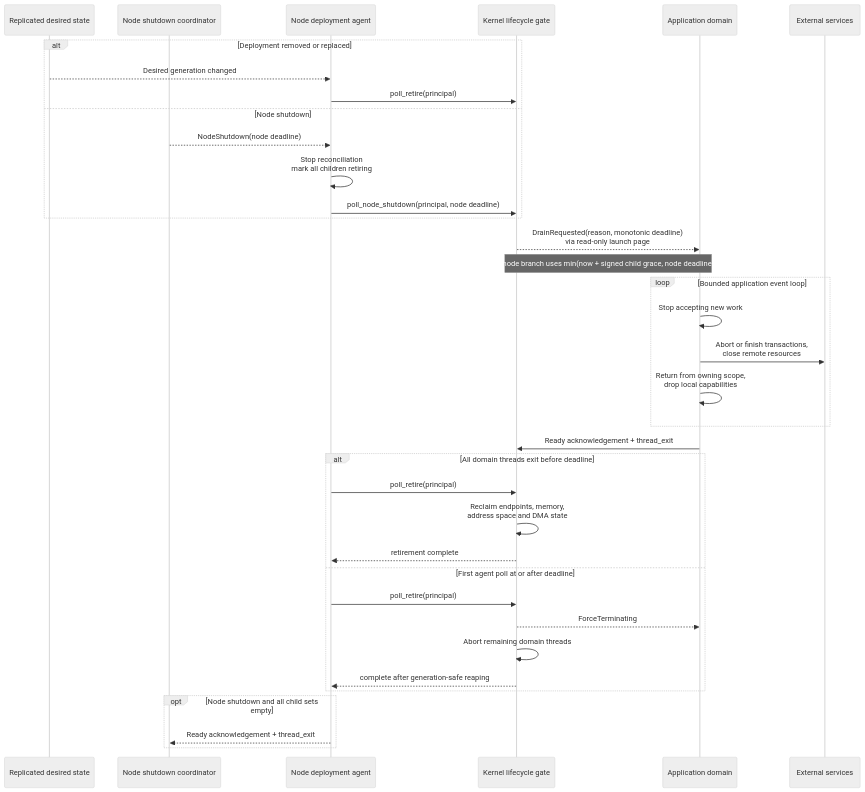
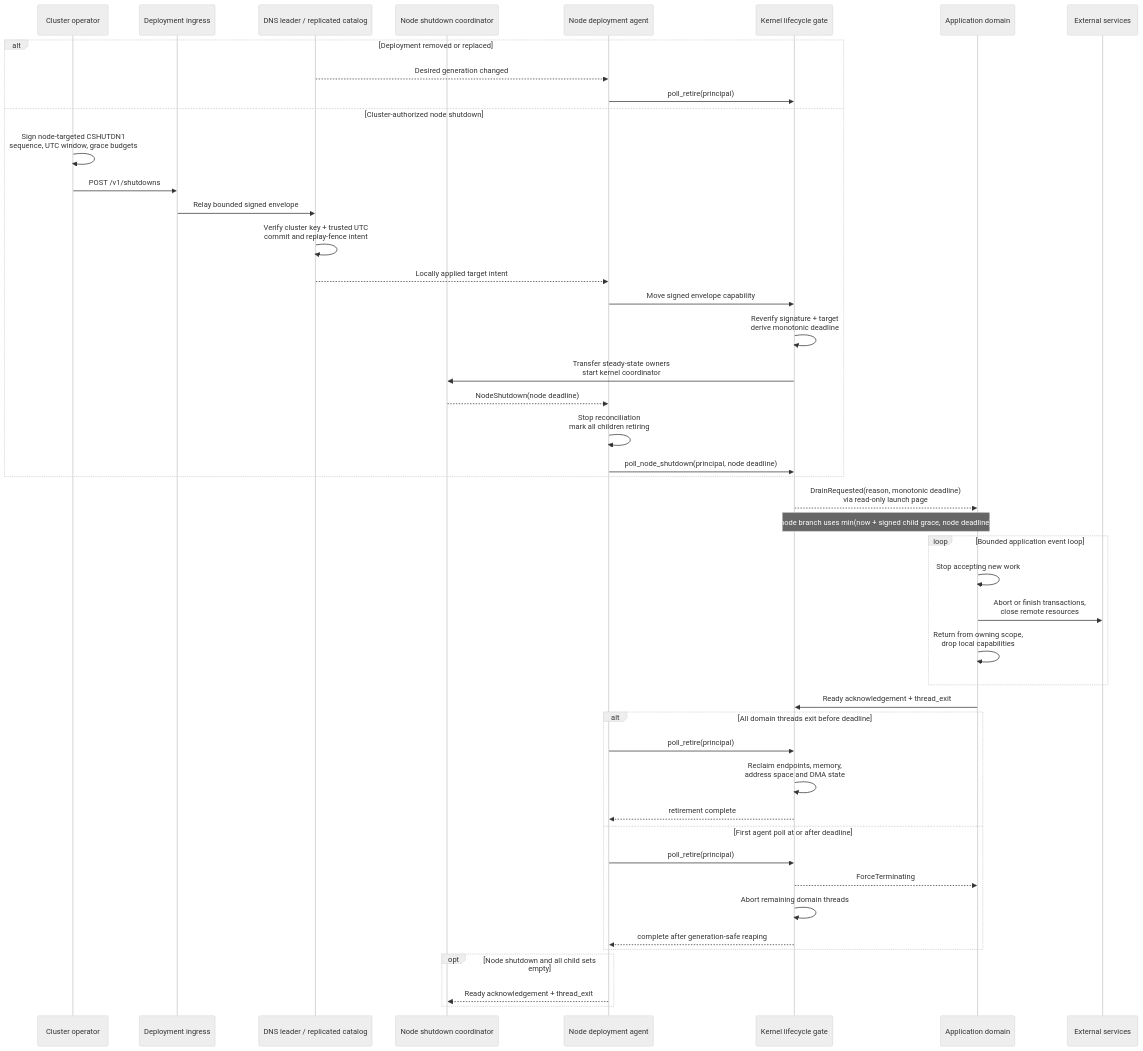
One commit to FrodeRanders/charlotte-os changed diagram 12 of 12 in docs/figures.md. Above: the diagram before and after it, drawn with Mermaid (neutral theme). The commit also changed 25 other files, not shown here.

Commit message:
Authorize cluster shutdown through signed intents

````diff
--- a/docs/figures.md
+++ b/docs/figures.md
@@ -550,39 +550,49 @@
 ```mermaid
 sequenceDiagram
-participant R as Replicated desired state
+participant O as Cluster operator
+participant I as Deployment ingress
+participant R as DNS leader / replicated catalog
 participant N as Node shutdown coordinator
 participant A as Node deployment agent
 participant K as Kernel lifecycle gate
 participant P as Application domain
 participant E as External services
 
       alt Deployment removed or replaced
           R-->>A: Desired generation changed
           A->>K: poll_retire(principal)
-      else Node shutdown
+      else Cluster-authorized node shutdown
+          O->>O: Sign node-targeted CSHUTDN1<br/>sequence, UTC window, grace budgets
+          O->>I: POST /v1/shutdowns
+          I->>R: Relay bounded signed envelope
+          R->>R: Verify cluster key + trusted UTC<br/>commit and replay-fence intent
+          R-->>A: Locally applied target intent
+          A->>K: Move signed envelope capability
+          K->>K: Reverify signature + target<br/>derive monotonic deadline
+          K->>N: Transfer steady-state owners<br/>start kernel coordinator
           N-->>A: NodeShutdown(node deadline)
           A->>A: Stop reconciliation<br/>mark all children retiring
           A->>K: poll_node_shutdown(principal, node deadline)
       end
       K-->>P: DrainRequested(reason, monotonic deadline)<br/>via read-only launch page
       Note over K,P: node branch uses min(now + signed child grace, node deadline)
       loop Bounded application event loop
           P->>P: Stop accepting new work
           P->>E: Abort or finish transactions,<br/>close remote resources
           P->>P: Return from owning scope,<br/>drop local capabilities
       end
       P->>K: Ready acknowledgement + thread_exit
       alt All domain threads exit before deadline
           A->>K: poll_retire(principal)
           K->>K: Reclaim endpoints, memory,<br/>address space and DMA state
           K-->>A: retirement complete
       else First agent poll at or after deadline
           A->>K: poll_retire(principal)
           K-->>P: ForceTerminating
           K->>K: Abort remaining domain threads
           K-->>A: complete after generation-safe reaping
       end
       opt Node shutdown and all child sets empty
           A-->>N: Ready acknowledgement + thread_exit
       end
 ```
````
